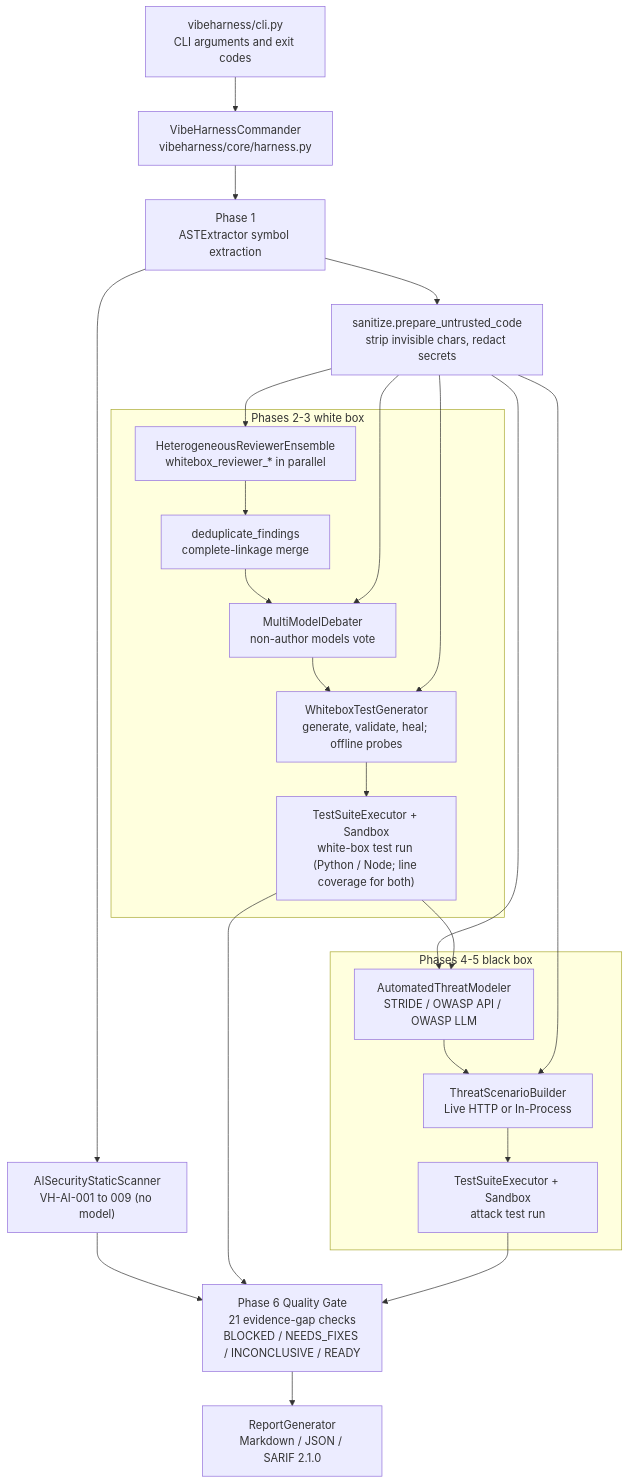
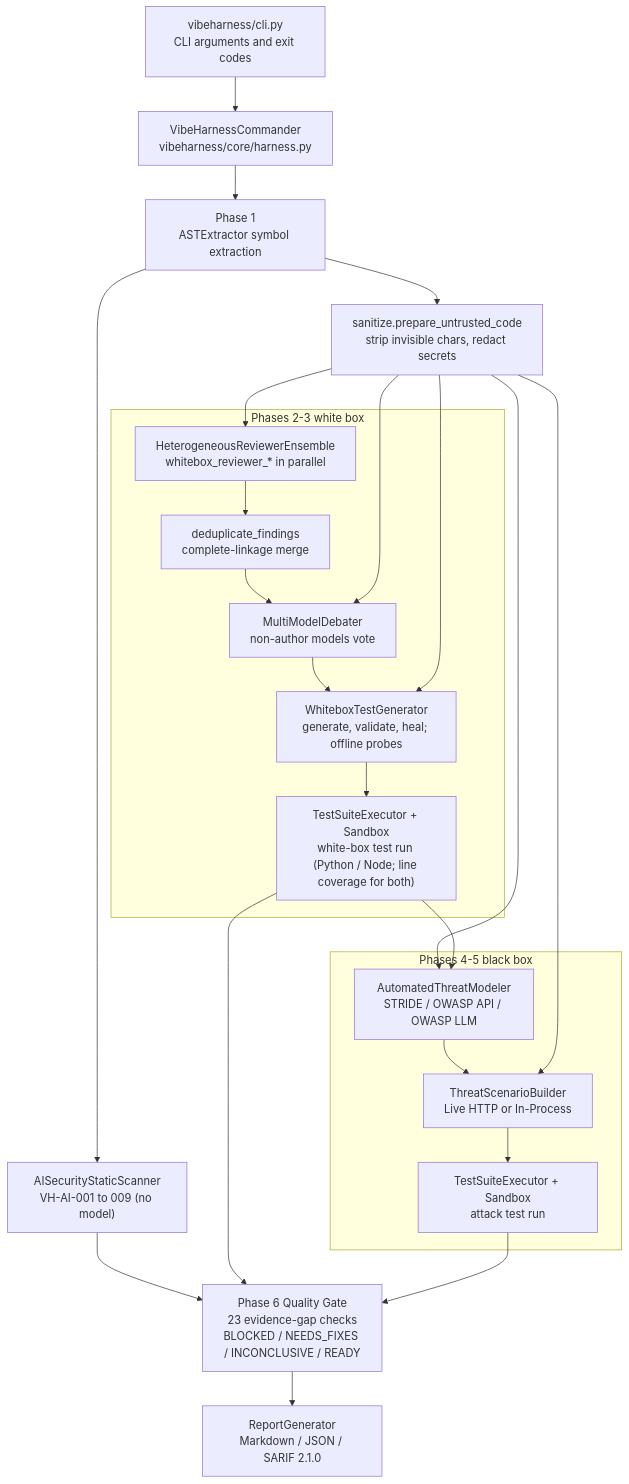
One commit to chinchiang/MultiAgentGama changed the first of 3 diagrams in docs/design.en.md. Above: the diagram before and after it, drawn with Mermaid. The commit also changed other lines of this file and 8 other files, not shown here.

````diff
--- a/docs/design.en.md
+++ b/docs/design.en.md
@@ -43,34 +43,34 @@
 ```mermaid
 flowchart TD
     CLI["vibeharness/cli.py<br/>CLI arguments and exit codes"] --> CMD["VibeHarnessCommander<br/>vibeharness/core/harness.py"]
     CMD --> P1["Phase 1<br/>ASTExtractor symbol extraction"]
     P1 --> SAST["AISecurityStaticScanner<br/>VH-AI-001 to 009 (no model)"]
     P1 --> SAN["sanitize.prepare_untrusted_code<br/>strip invisible chars, redact secrets"]
 
     subgraph WB ["Phases 2-3 white box"]
         REV["HeterogeneousReviewerEnsemble<br/>whitebox_reviewer_* in parallel"]
         DEDUP["deduplicate_findings<br/>complete-linkage merge"]
         DEB["MultiModelDebater<br/>non-author models vote"]
         GEN["WhiteboxTestGenerator<br/>generate, validate, heal; offline probes"]
         EXE1["TestSuiteExecutor + Sandbox<br/>white-box test run (Python / Node; line coverage for both)"]
         REV --> DEDUP --> DEB --> GEN --> EXE1
     end
 
     subgraph BB ["Phases 4-5 black box"]
         TM["AutomatedThreatModeler<br/>STRIDE / OWASP API / OWASP LLM"]
         ATK["ThreatScenarioBuilder<br/>Live HTTP or In-Process"]
         EXE2["TestSuiteExecutor + Sandbox<br/>attack test run"]
         TM --> ATK --> EXE2
     end
 
     SAN --> REV
     SAN --> DEB
     SAN --> GEN
     SAN --> TM
     SAN --> ATK
     EXE1 --> TM
     SAST --> GATE
     EXE1 --> GATE
-    EXE2 --> GATE["Phase 6 Quality Gate<br/>21 evidence-gap checks<br/>BLOCKED / NEEDS_FIXES / INCONCLUSIVE / READY"]
+    EXE2 --> GATE["Phase 6 Quality Gate<br/>23 evidence-gap checks<br/>BLOCKED / NEEDS_FIXES / INCONCLUSIVE / READY"]
     GATE --> OUT["ReportGenerator<br/>Markdown / JSON / SARIF 2.1.0"]
 ```
````
